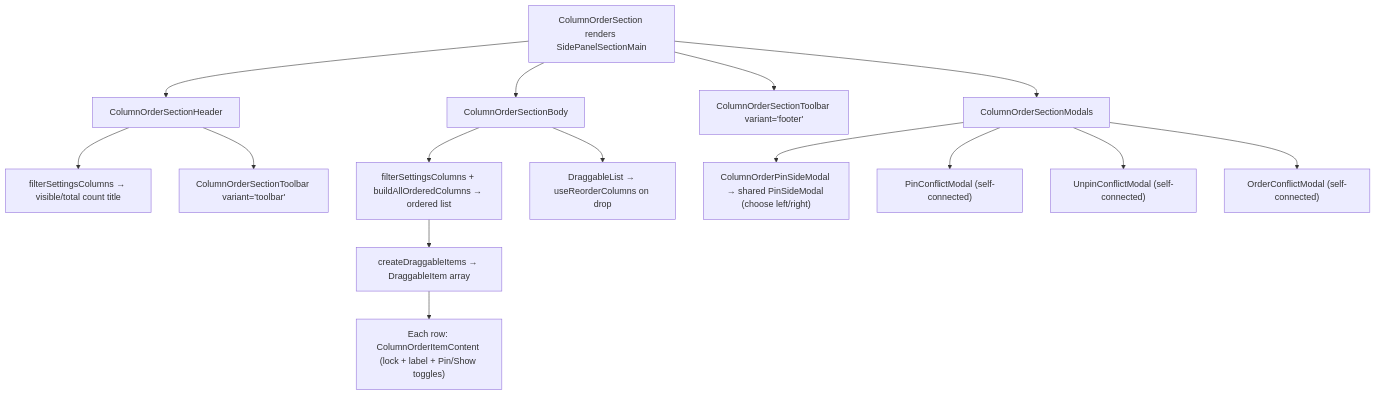
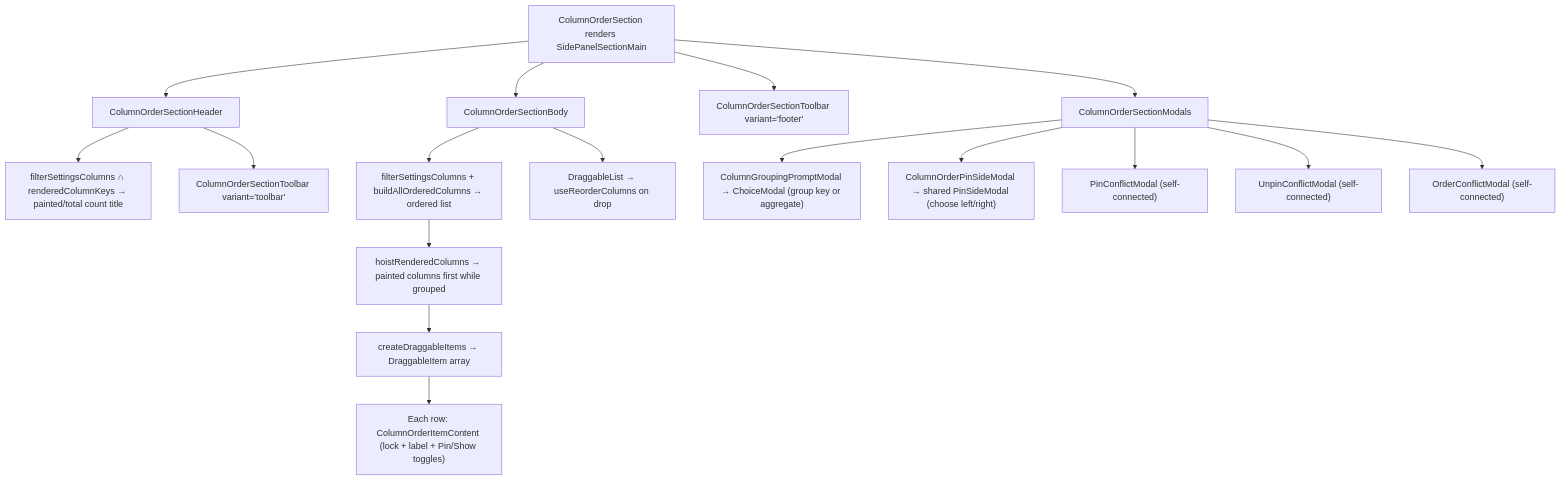
One commit to luciocabrera/lcabrera-stack changed the second of 3 diagrams in packages/ui/src/components/Table/TableSettingsDrawer/ColumnOrderSection/ARCHITECTURE.md. Above: the diagram before and after it, drawn with Mermaid. The commit also changed other lines of this file and 70 other files, not shown here.

First line of the commit message:
feat(ui): let the grouping decide which columns the grid shows (#1033)

````diff
--- a/packages/ui/src/components/Table/TableSettingsDrawer/ColumnOrderSection/ARCHITECTURE.md
+++ b/packages/ui/src/components/Table/TableSettingsDrawer/ColumnOrderSection/ARCHITECTURE.md
@@ -161,20 +179,22 @@
 ```mermaid
 graph TD
   A["ColumnOrderSection renders SidePanelSectionMain"] --> B["ColumnOrderSectionHeader"]
-  B --> C["filterSettingsColumns → visible/total count title"]
+  B --> C["filterSettingsColumns ∩ renderedColumnKeys → painted/total count title"]
   B --> D["ColumnOrderSectionToolbar variant='toolbar'"]
 
   A --> E["ColumnOrderSectionBody"]
   E --> F["filterSettingsColumns + buildAllOrderedColumns → ordered list"]
-  F --> G["createDraggableItems → DraggableItem array"]
+  F --> F2["hoistRenderedColumns → painted columns first while grouped"]
+  F2 --> G["createDraggableItems → DraggableItem array"]
   G --> H["Each row: ColumnOrderItemContent (lock + label + Pin/Show toggles)"]
   E --> I["DraggableList → useReorderColumns on drop"]
 
   A --> J["ColumnOrderSectionToolbar variant='footer'"]
 
   A --> K["ColumnOrderSectionModals"]
+  K --> P["ColumnGroupingPromptModal → ChoiceModal (group key or aggregate)"]
   K --> L["ColumnOrderPinSideModal → shared PinSideModal (choose left/right)"]
   K --> M["PinConflictModal (self-connected)"]
   K --> N["UnpinConflictModal (self-connected)"]
   K --> O["OrderConflictModal (self-connected)"]
 ```
````
